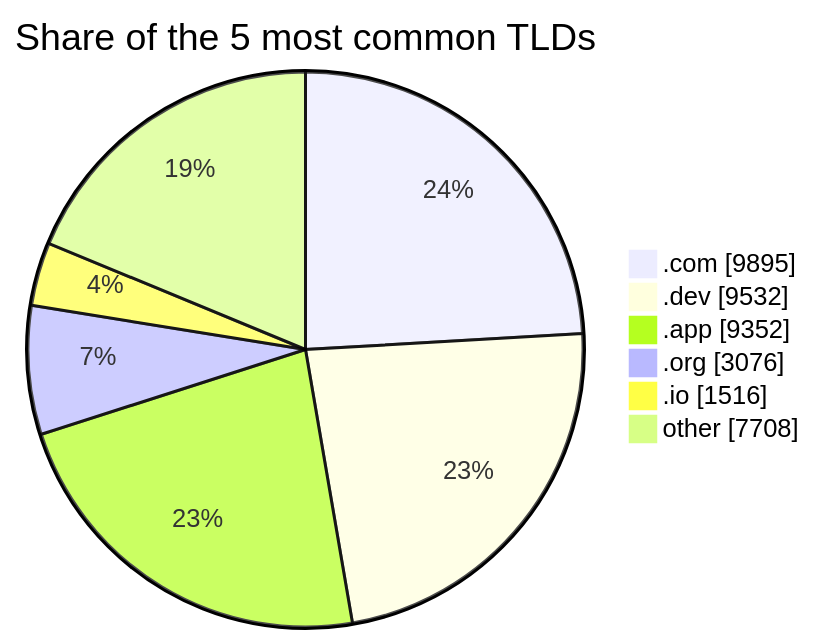
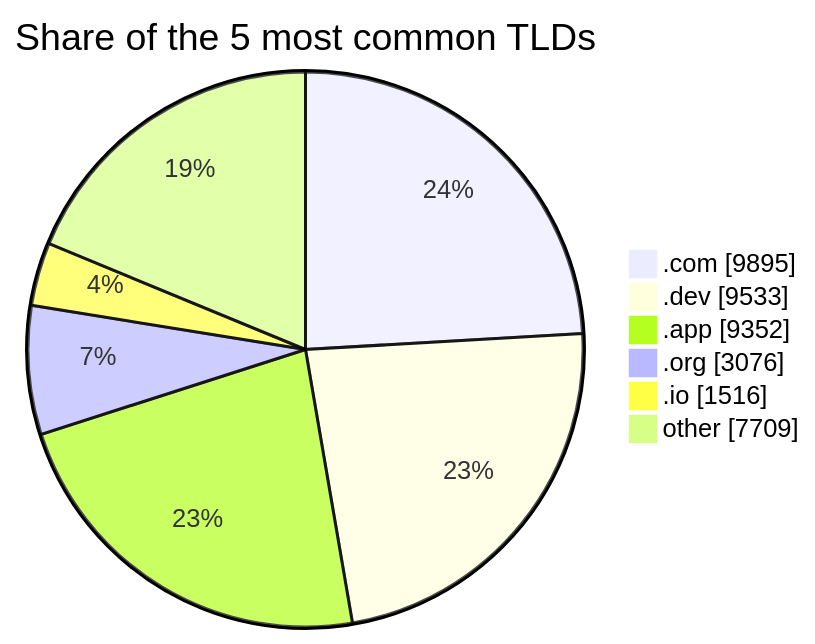
One commit to DNSBunker/CTI changed the third of 3 diagrams in README.md. Above: the diagram before and after it, drawn with Mermaid. The commit also changed other lines of this file and 3 other files, not shown here.

````diff
--- a/README.md
+++ b/README.md
@@ -81,9 +81,9 @@
 ```mermaid
 pie showData title Share of the 5 most common TLDs
     ".com" : 9895
-    ".dev" : 9532
+    ".dev" : 9533
     ".app" : 9352
     ".org" : 3076
     ".io" : 1516
-    "other" : 7708
+    "other" : 7709
 ```
````
